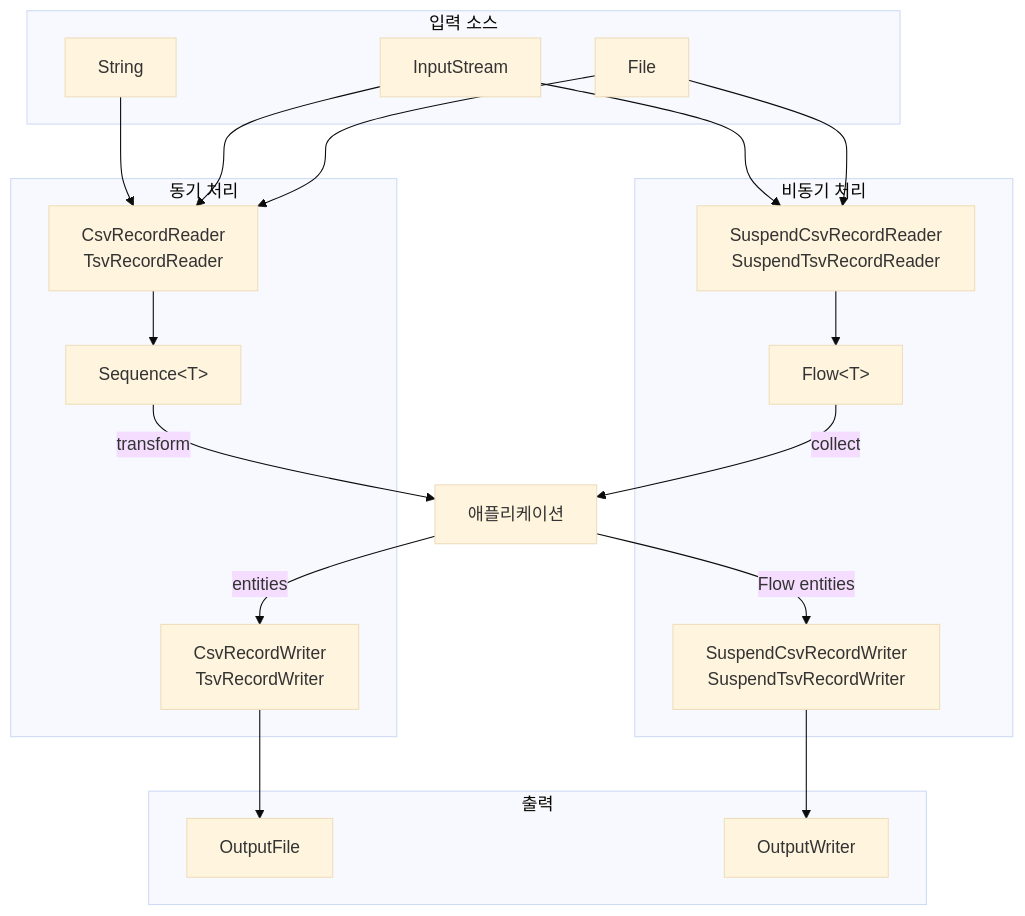
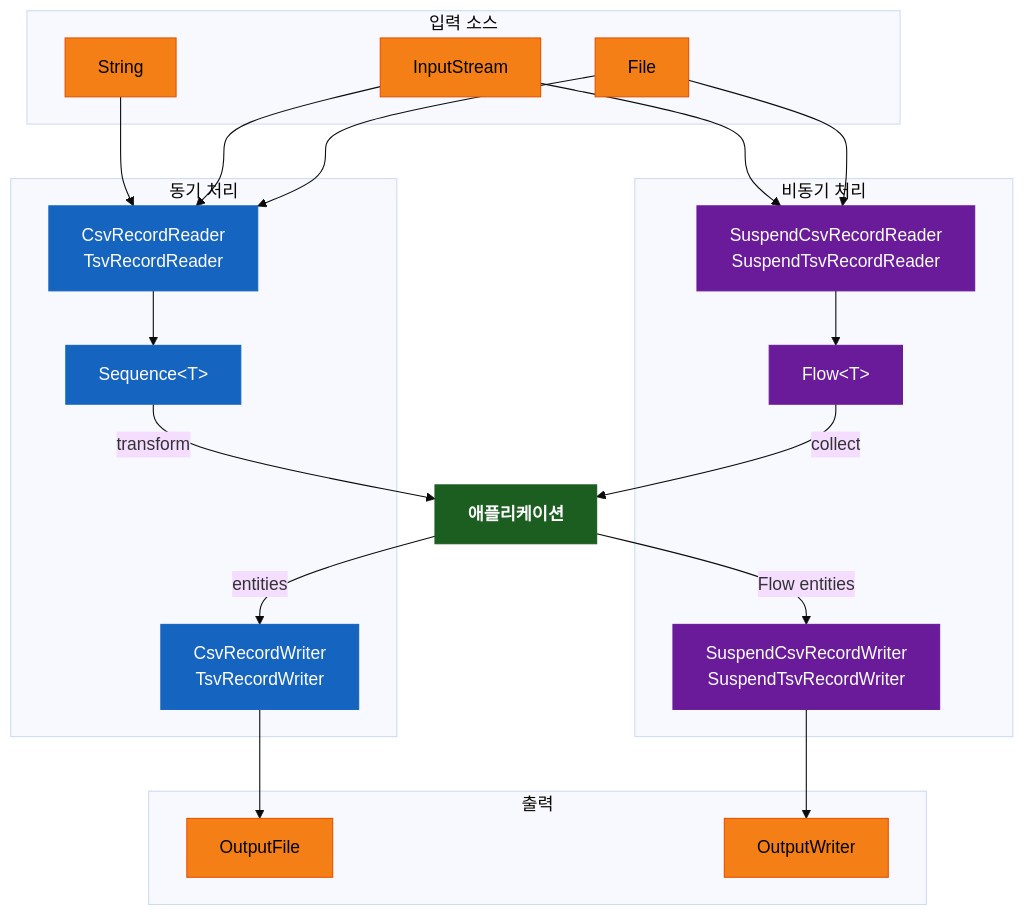
Before and after one commit to bluetape4k/bluetape4k-projects: the second of 2 diagrams in io/csv/README.ko.md, drawn with Mermaid (base theme). The commit also changed other lines of this file and 221 other files, not shown here.

First line of the commit message:
docs: 전체 모듈 README UML 다이어그램 보강 및 색상 업그레이드

````diff
--- a/io/csv/README.ko.md
+++ b/io/csv/README.ko.md
@@ -56,38 +69,48 @@
 ```mermaid
 flowchart TD
     subgraph 입력 소스
         F[File]
         IS[InputStream]
         STR[String]
     end
 
     subgraph 동기 처리
         CR[CsvRecordReader<br/>TsvRecordReader]
         CW[CsvRecordWriter<br/>TsvRecordWriter]
         SEQ["Sequence&lt;T&gt;"]
     end
 
     subgraph 비동기 처리
         SCR[SuspendCsvRecordReader<br/>SuspendTsvRecordReader]
         SCW[SuspendCsvRecordWriter<br/>SuspendTsvRecordWriter]
         FL["Flow&lt;T&gt;"]
     end
 
     subgraph 출력
         OF[OutputFile]
         OW[OutputWriter]
     end
 
     F --> CR --> SEQ
     IS --> CR
     STR --> CR
 
     F --> SCR --> FL
     IS --> SCR
 
     SEQ -->|transform| 앱[애플리케이션]
     FL -->|collect| 앱
 
     앱 -->|entities| CW --> OF
     앱 -->|Flow entities| SCW --> OW
+
+    classDef coreStyle fill:#1B5E20,stroke:#1B5E20,color:#FFFFFF,font-weight:bold
+    classDef asyncStyle fill:#6A1B9A,stroke:#6A1B9A,color:#FFFFFF
+    classDef serviceStyle fill:#1565C0,stroke:#1565C0,color:#FFFFFF
+    classDef dataStyle fill:#F57F17,stroke:#E65100,color:#000000
+
+    class 앱 coreStyle
+    class SCR,SCW,FL asyncStyle
+    class CR,CW,SEQ serviceStyle
+    class F,IS,STR,OF,OW dataStyle
 ```
````
